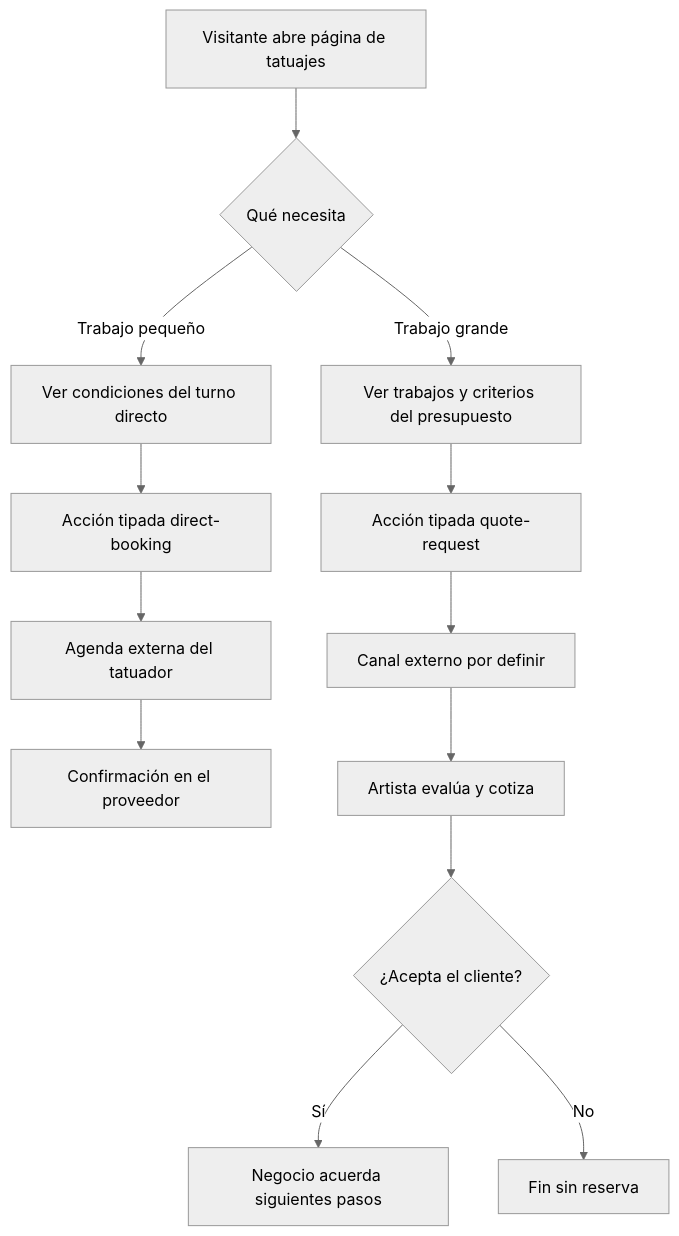
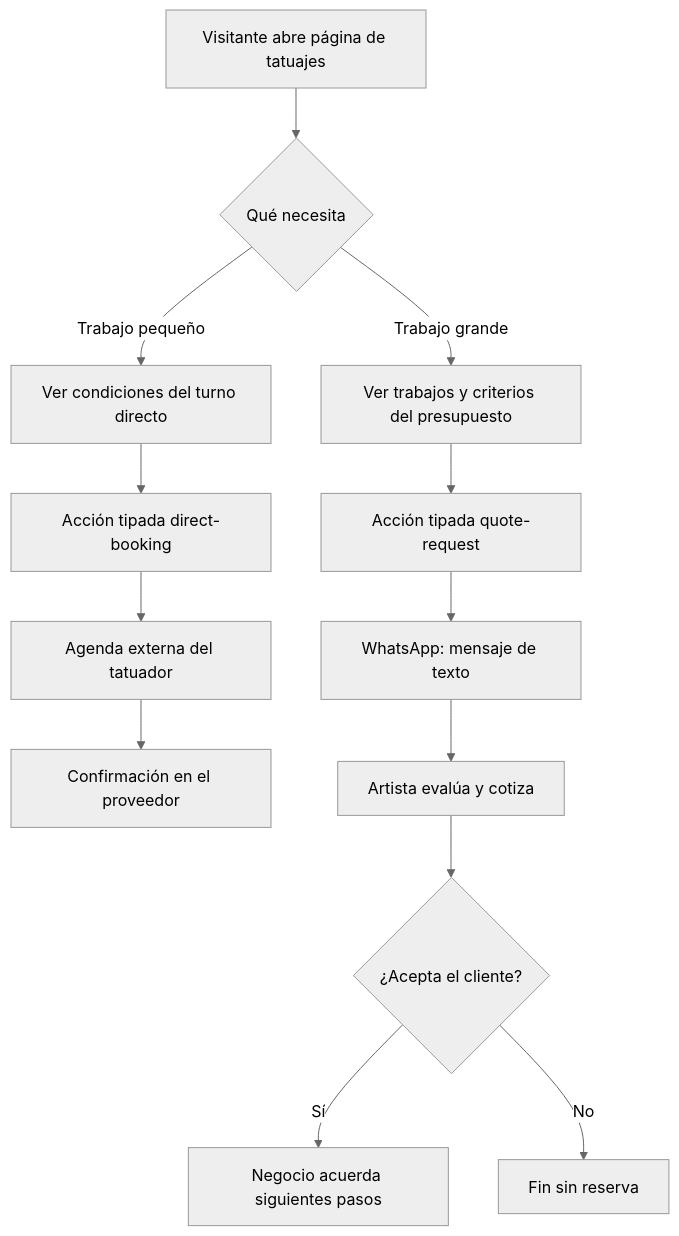
Before and after one commit to Gonzalo-Linares/Littzite: the second of 6 diagrams in docs/04-sequences-flows.md, drawn with Mermaid (neutral theme). The commit also changed other lines of this file and 18 other files, not shown here.

````diff
--- a/docs/04-sequences-flows.md
+++ b/docs/04-sequences-flows.md
@@ -34,15 +34,15 @@
 ```mermaid
 flowchart TD
   A[Visitante abre página de tatuajes] --> B{Qué necesita}
   B -->|Trabajo pequeño| C[Ver condiciones del turno directo]
   C --> D[Acción tipada direct-booking]
   D --> E[Agenda externa del tatuador]
   E --> F[Confirmación en el proveedor]
   B -->|Trabajo grande| G[Ver trabajos y criterios del presupuesto]
   G --> H[Acción tipada quote-request]
-  H --> I[Canal externo por definir]
+  H --> I[WhatsApp: mensaje de texto]
   I --> J[Artista evalúa y cotiza]
   J --> K{¿Acepta el cliente?}
   K -->|Sí| L[Negocio acuerda siguientes pasos]
   K -->|No| M[Fin sin reserva]
 ```
````
